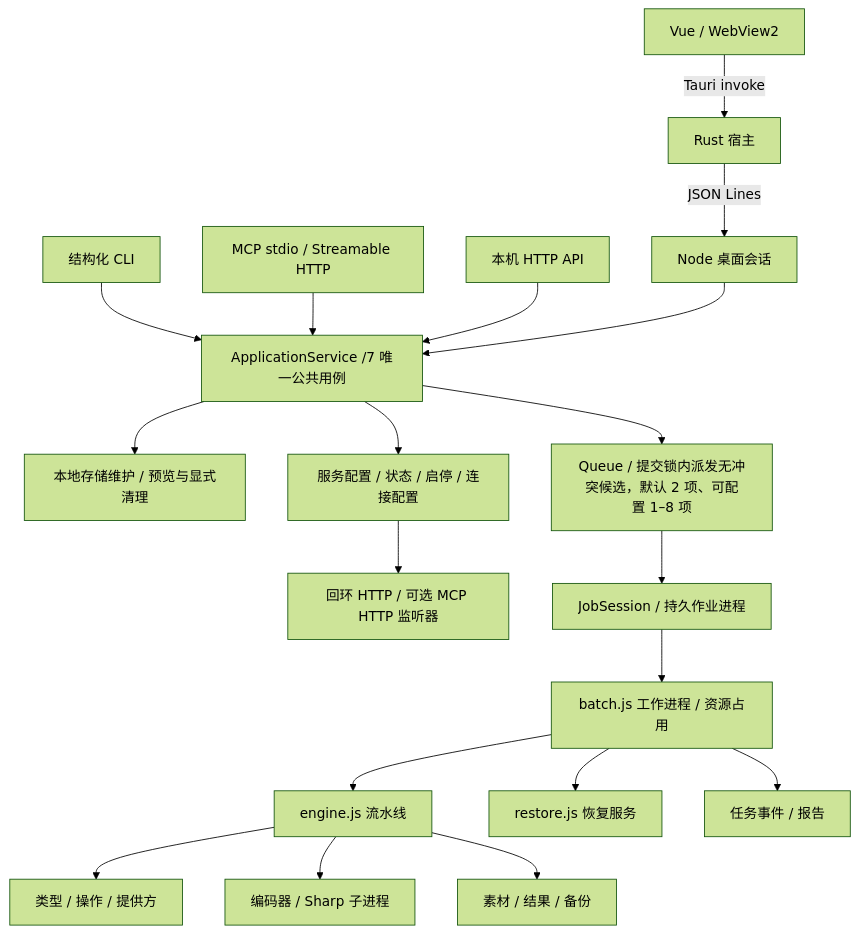
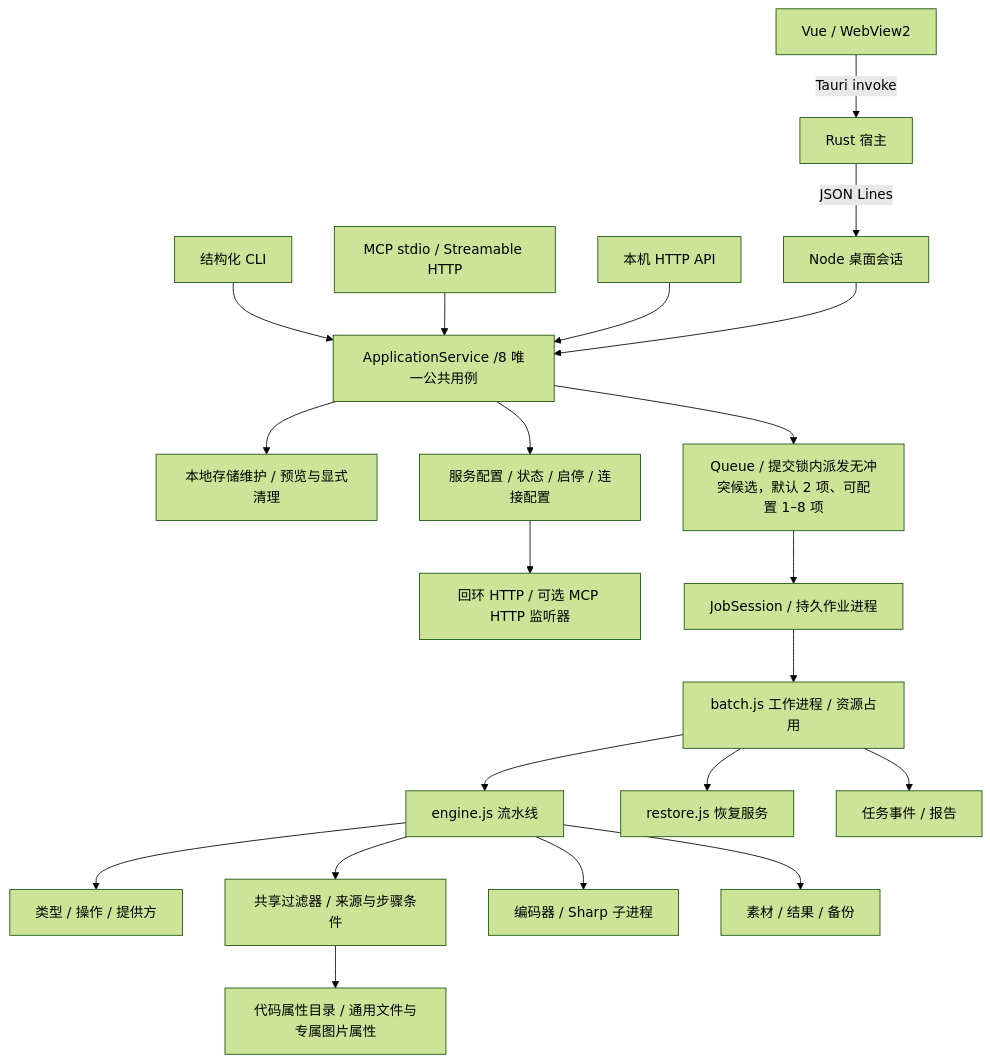
The diagram in docs/architecture/overview.md (ISQIShI/AssetToolbox), drawn with Mermaid (forest theme) before and after one commit. The commit also changed 81 other files, not shown here.

````diff
--- a/docs/architecture/overview.md
+++ b/docs/architecture/overview.md
@@ -7,21 +7,23 @@
 ```mermaid
 flowchart TD
     UI[Vue / WebView2] -->|Tauri invoke| Host[Rust 宿主]
     Host -->|JSON Lines| Bridge[Node 桌面会话]
-    CLI[结构化 CLI] --> Application[ApplicationService /7 唯一公共用例]
+    CLI[结构化 CLI] --> Application[ApplicationService /8 唯一公共用例]
     MCP[MCP stdio / Streamable HTTP] --> Application
     HTTP[本机 HTTP API] --> Application
     Bridge --> Application
     Application --> Storage[本地存储维护 / 预览与显式清理]
     Application --> Services[服务配置 / 状态 / 启停 / 连接配置]
     Services --> Transport[回环 HTTP / 可选 MCP HTTP 监听器]
     Application --> Queue[Queue / 提交锁内派发无冲突候选，默认 2 项、可配置 1–8 项]
     Queue --> Session[JobSession / 持久作业进程]
     Session --> Worker[batch.js 工作进程 / 资源占用]
     Worker --> Engine[engine.js 流水线]
     Engine --> Catalog[类型 / 操作 / 提供方]
+    Engine --> Filter[共享过滤器 / 来源与步骤条件]
+    Filter --> Properties[代码属性目录 / 通用文件与专属图片属性]
     Engine --> Tool[编码器 / Sharp 子进程]
     Worker --> Restore[restore.js 恢复服务]
     Worker --> Data[任务事件 / 报告]
     Engine --> Files[素材 / 结果 / 备份]
 ```
````
